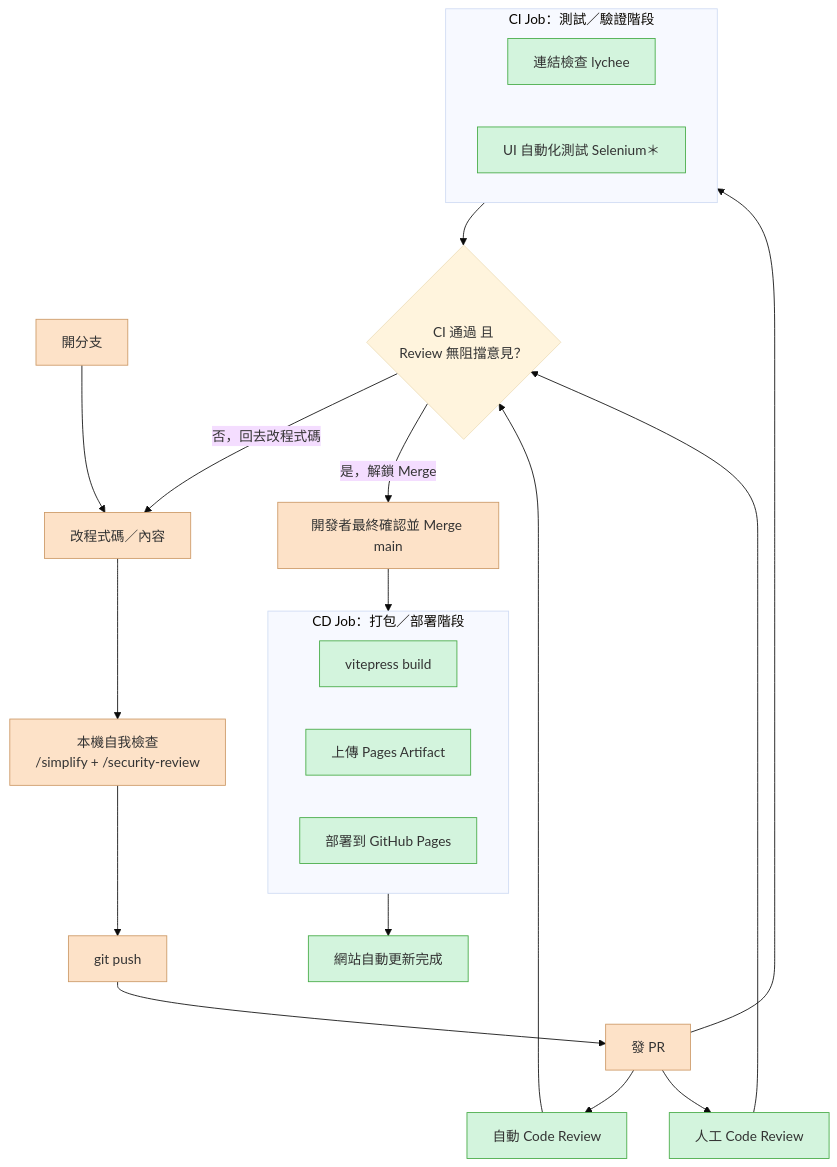
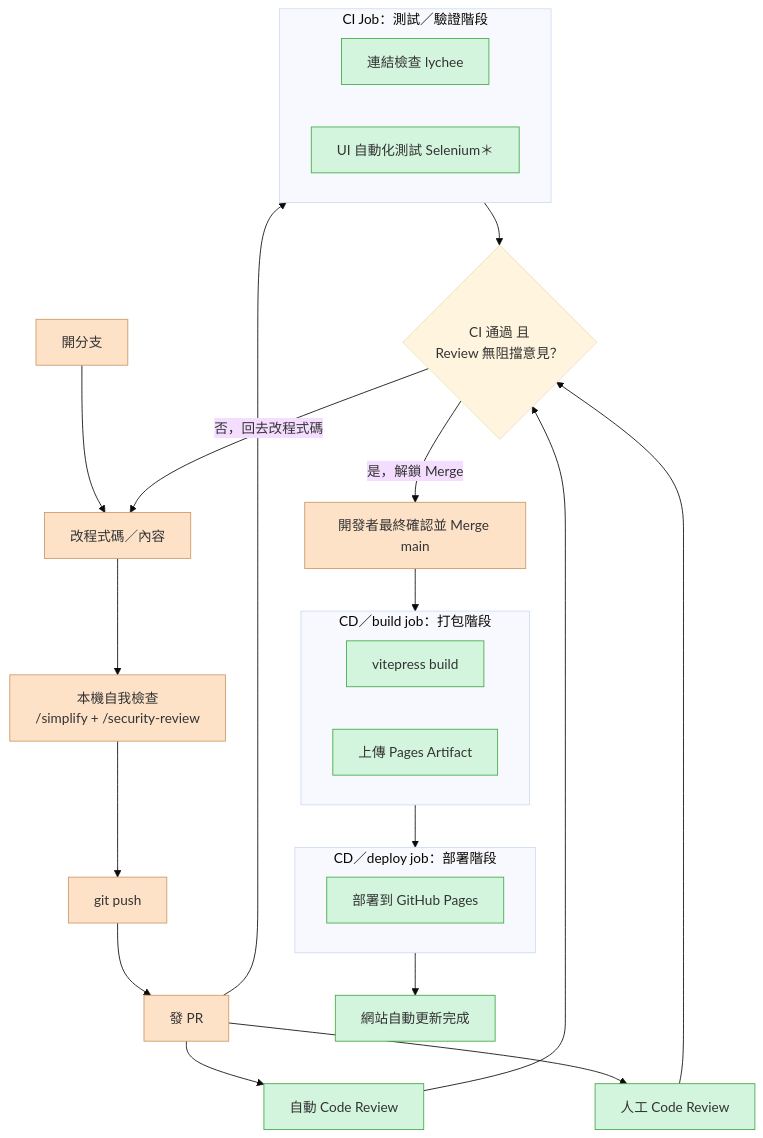
The diagram in docs/index.md (Study2Strong/Launch-Your-Vibe-Coding-Product), drawn with Mermaid (base theme) before and after one commit. The commit also changed other lines of this file and 1 other file, not shown here.

Commit message:
Split CD into separate build and deploy jobs
Matches the official actions/starter-workflows pages/static.yml pattern:
test (CI) -> build (CD/package) -> deploy (CD/publish) as three chained
jobs via needs:, each step given an explicit name, and configure-pages
added ahead of the artifact upload. Flow diagram in docs/index.md updated
to reflect the extra job boundary.

````diff
--- a/docs/index.md
+++ b/docs/index.md
@@ -33,36 +33,38 @@
 ```mermaid
 flowchart TD
     A[開分支] --> B[改程式碼／內容]
     B --> C["本機自我檢查<br/>/simplify + /security-review"]
     C --> D[git push]
     D --> E[發 PR]
 
     subgraph CI["CI Job：測試／驗證階段"]
         F1[連結檢查 lychee]
         F2["UI 自動化測試 Selenium＊"]
     end
 
     E --> CI
     E --> G[自動 Code Review]
     E --> H[人工 Code Review]
 
     CI --> I{"CI 通過 且<br/>Review 無阻擋意見？"}
     G --> I
     H --> I
     I -- 否，回去改程式碼 --> B
     I -- 是，解鎖 Merge --> J[開發者最終確認並 Merge main]
 
-    subgraph CD["CD Job：打包／部署階段"]
+    subgraph CDBuild["CD／build job：打包階段"]
         K1[vitepress build]
         K2[上傳 Pages Artifact]
+    end
+    subgraph CDDeploy["CD／deploy job：部署階段"]
         K3[部署到 GitHub Pages]
     end
 
-    J --> CD
-    CD --> L[網站自動更新完成]
+    J --> CDBuild --> CDDeploy
+    CDDeploy --> L[網站自動更新完成]
 
     classDef manual fill:#fde2c8,stroke:#c96,color:#333;
     classDef auto fill:#d3f4dd,stroke:#4a4,color:#333;
     class A,B,C,D,E,J manual
     class F1,F2,G,H,K1,K2,K3,L auto
 ```
````
